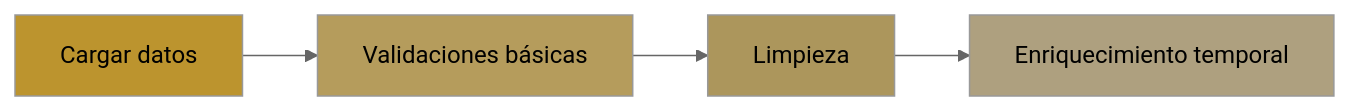
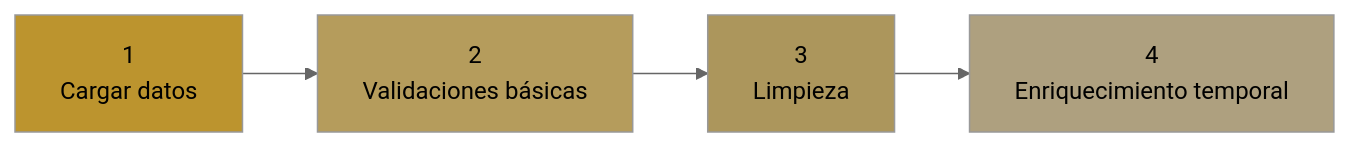
Before and after one commit to NaTHuber/digital-sales-analytics: the second of 3 diagrams in docs/notes.md, drawn with Mermaid (neutral theme). The commit also changed other lines of this file, not shown here.

````diff
--- a/docs/notes.md
+++ b/docs/notes.md
@@ -81,16 +81,16 @@
 ```mermaid 
     graph LR
-    A[Cargar datos]
-    B[Validaciones básicas]
-    C[Limpieza]
-    D[Enriquecimiento temporal] 
+    A[1 <br> Cargar datos]
+    B[2 <br> Validaciones básicas]
+    C[3 <br> Limpieza]
+    D[4 <br> Enriquecimiento temporal] 
     
     A-->B
     B-->C
     C-->D
 
     style A fill: #bc942e
     style B fill: #b59c5c
     style C fill: #ac965c
     style D fill: #aea07f
 ```
````
